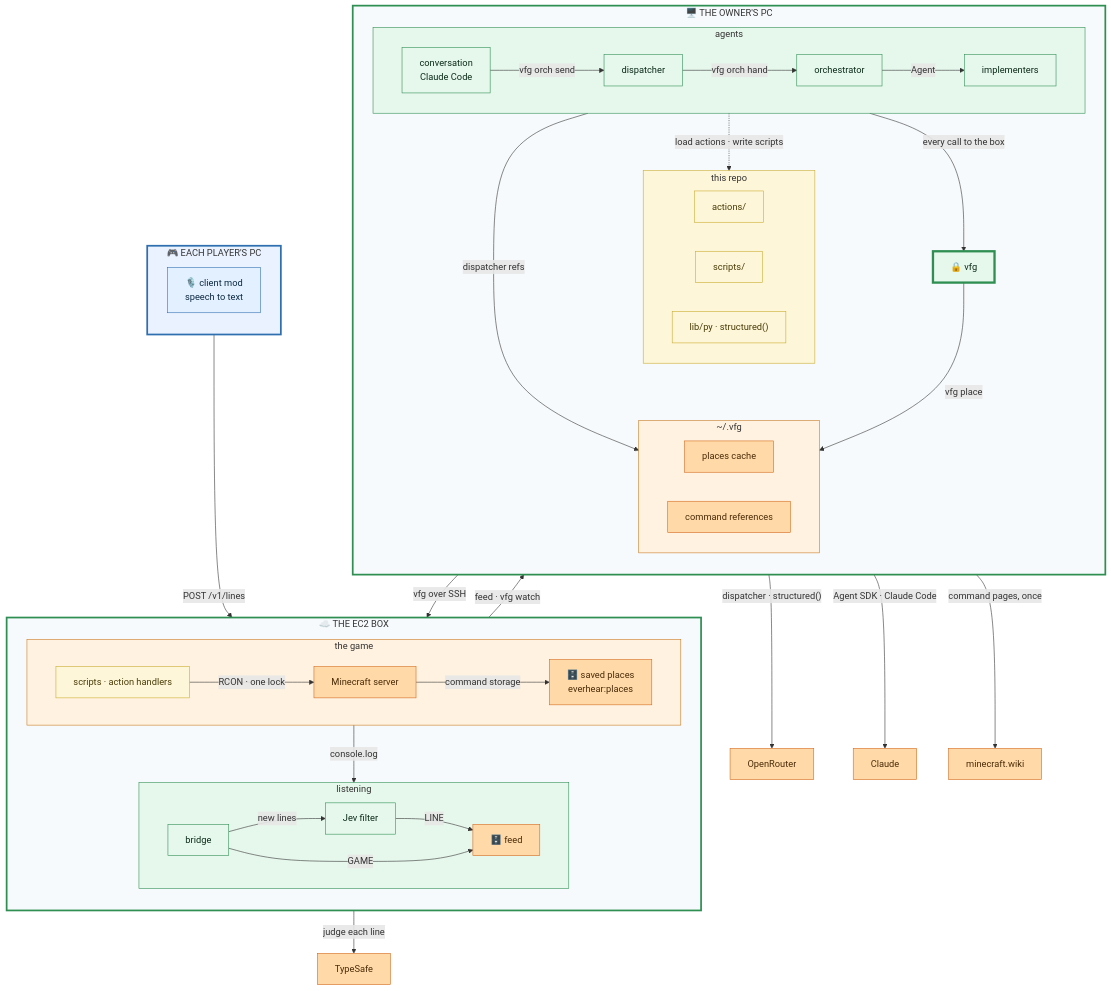
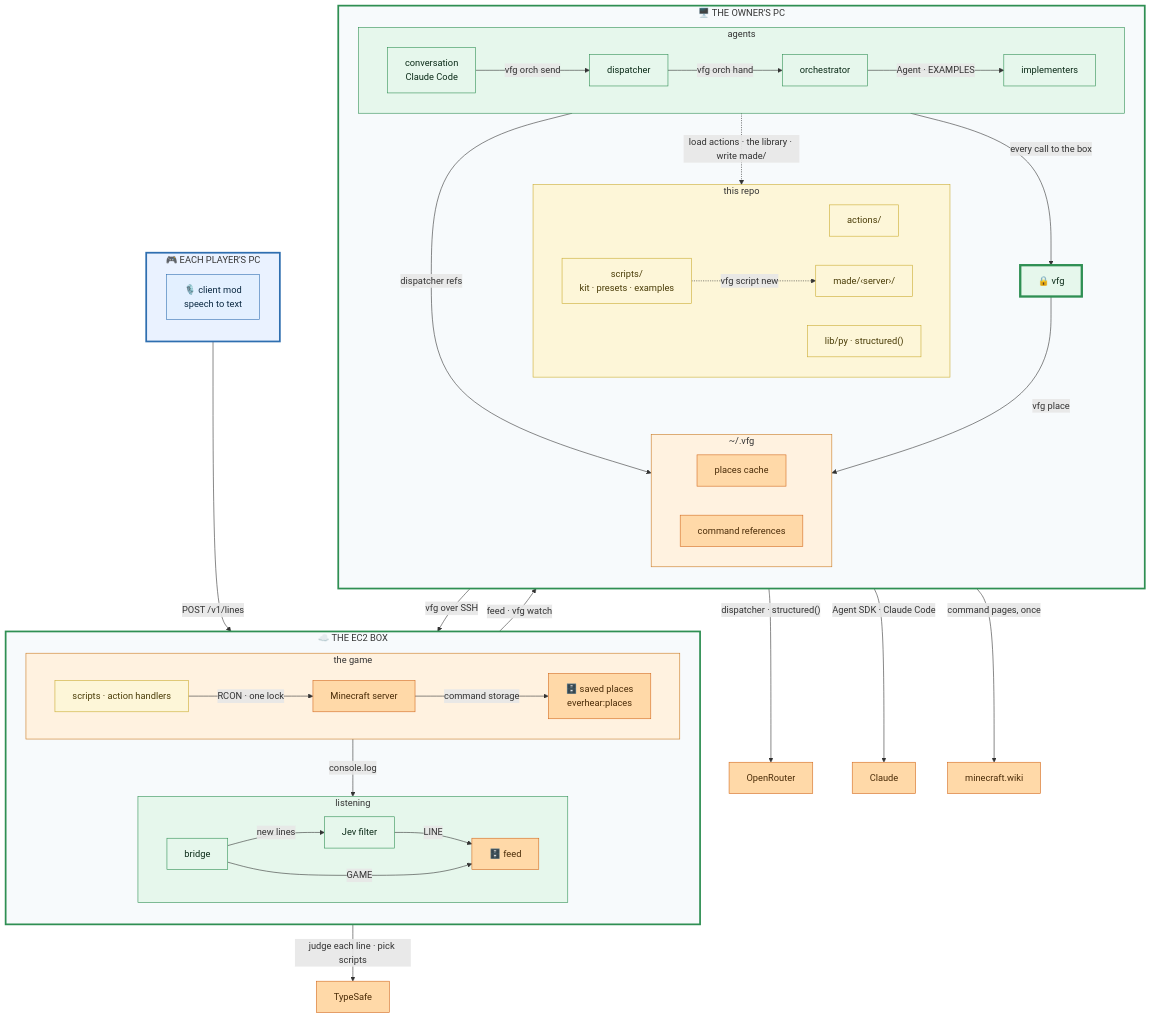
The diagram in README.md (jesse51002/everhear), drawn with Mermaid before and after one commit.

Commit message:
README graph: the script library, made/<server>/ and Jev's script picks in the by-machine graph

```diff
--- a/README.md
+++ b/README.md
@@ -43,20 +43,22 @@
       Impl["implementers"]
       Conv -->|"vfg orch send"| Disp
       Disp -->|"vfg orch hand"| Orch
-      Orch -->|"Agent"| Impl
+      Orch -->|"Agent · EXAMPLES"| Impl
     end
     Vfg["🔒 vfg"]
     subgraph Repo["this repo"]
       Actions["actions/"]
-      Scripts["scripts/"]
+      Library["scripts/<br/>kit · presets · examples"]
+      Made["made/‹server›/"]
       Lib["lib/py · structured()"]
+      Library -.->|"vfg script new"| Made
     end
     subgraph Home["~/.vfg"]
       Cache["places cache"]
       Refs["command references"]
     end
     Agents -->|"every call to the box"| Vfg
-    Agents -.->|"load actions · write scripts"| Repo
+    Agents -.->|"load actions · the library · write made/"| Repo
     Agents -->|"dispatcher refs"| Home
     Vfg -->|"vfg place"| Home
   end
@@ -69,7 +71,7 @@
   Player -->|"POST /v1/lines"| Box
   Box -->|"feed · vfg watch"| Owner
   Owner -->|"vfg over SSH"| Box
-  Box -->|"judge each line"| TypeSafe
+  Box -->|"judge each line · pick scripts"| TypeSafe
   Owner -->|"dispatcher · structured()"| OpenRouter
   Owner -->|"Agent SDK · Claude Code"| Claude
   Owner -->|"command pages, once"| Wiki
@@ -82,7 +84,7 @@
   class Mod client;
   class Bridge,Jev,Conv,Disp,Orch,Impl,Vfg svc;
   class Feed,MC,Places,Cache,Refs,TypeSafe,OpenRouter,Claude,Wiki ext;
-  class Run,Actions,Scripts,Lib tool;
+  class Run,Actions,Library,Made,Lib tool;
   style Player fill:#eaf2ff,stroke:#2f6fb0,stroke-width:3px;
   style Box fill:#f7fafc,stroke:#2f8f53,stroke-width:3px;
   style Owner fill:#f7fafc,stroke:#2f8f53,stroke-width:3px;
```
